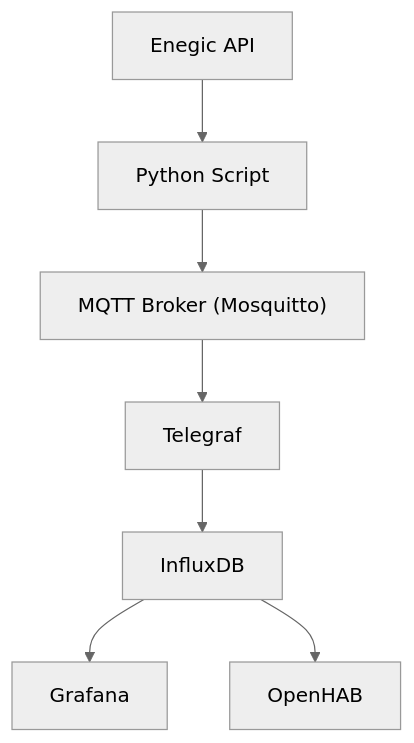
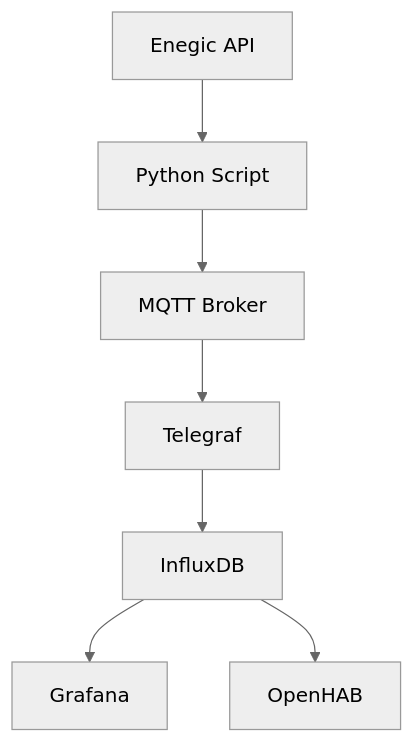
The diagram in README.md (454abp/enegic_mqtt_client), drawn with Mermaid (neutral theme) before and after one commit. The commit also changed other lines of this file and 8 other files, not shown here.

````diff
--- a/README.md
+++ b/README.md
@@ -93,9 +125,9 @@
 ```mermaid
 graph TD;
   A["Enegic API"] --> B["Python Script"];
-  B --> C["MQTT Broker (Mosquitto)"];
+  B --> C["MQTT Broker"];
   C --> D["Telegraf"];
   D --> E["InfluxDB"];
   E --> F["Grafana"];
   E --> G["OpenHAB"];
 ```
````
